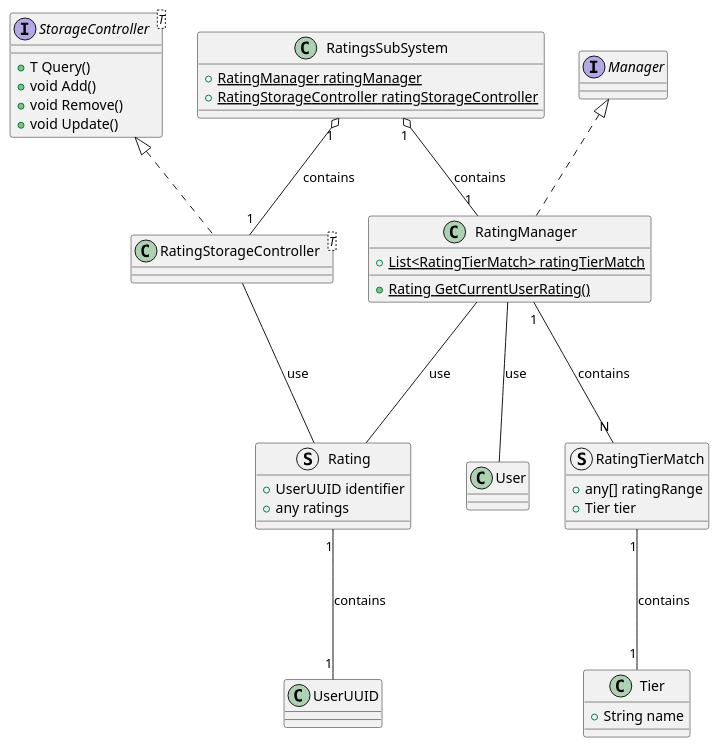
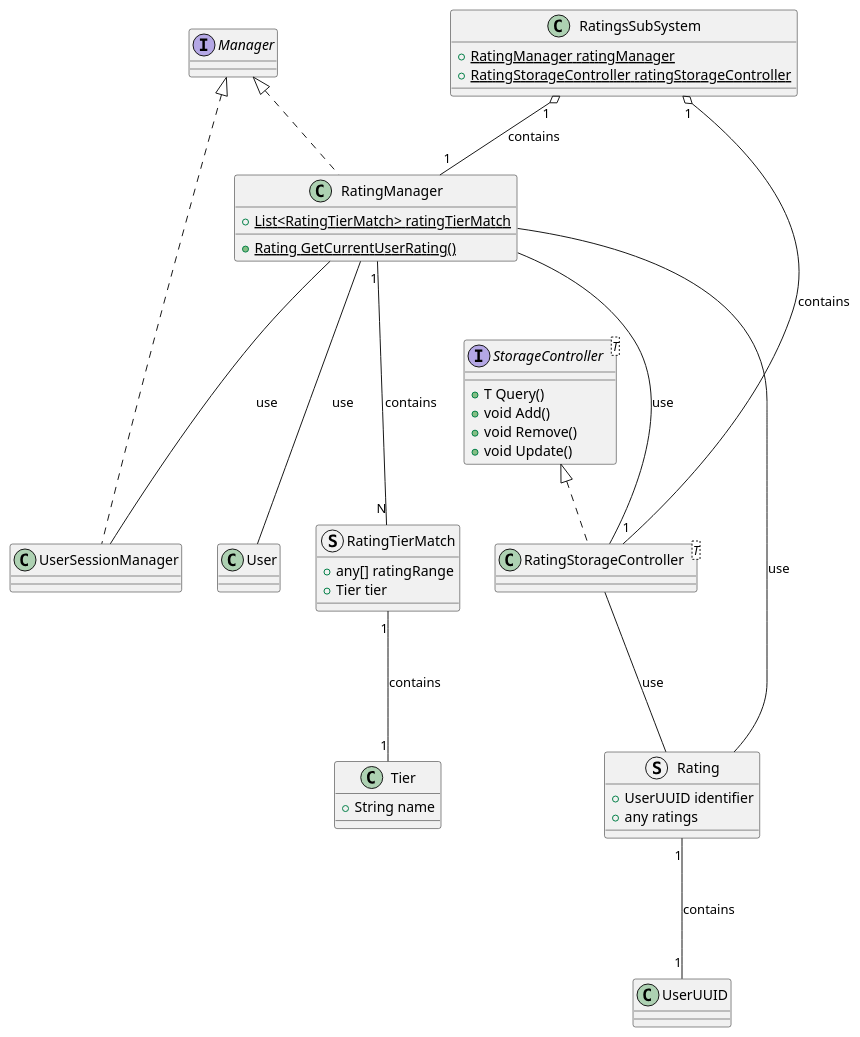
One commit to ShapeLayer/se-lecture-task__project-structure-definitions changed the diagram in src/Ratings.puml. Above: the diagram before and after it, drawn with PlantUML. The commit also changed 8 other files, not shown here.

```diff
--- a/src/Ratings.puml
+++ b/src/Ratings.puml
@@ -1,45 +1,48 @@
 @startuml
 Interface Manager
 Interface StorageController<T> {
     + T Query()
     + void Add()
     + void Remove()
     + void Update()
 }
 
 class Tier {
     + String name
 }
 
 struct RatingTierMatch {
     + any[] ratingRange
     + Tier tier
 }
 RatingTierMatch "1" --- "1" Tier : contains
 
 struct Rating {
     + UserUUID identifier
     + any ratings
 }
 Rating "1" --- "1" UserUUID : contains
 
 class RatingManager implements Manager {
     + {static} List<RatingTierMatch> ratingTierMatch
     + {static} Rating GetCurrentUserRating()
 }
 RatingManager "1" --- "N" RatingTierMatch : contains
 RatingManager --- User : use
 RatingManager --- Rating : use
+class UserSessionManager implements Manager {}
+RatingManager --- UserSessionManager : use
+RatingManager --- RatingStorageController : use
 
 class RatingStorageController<T> implements StorageController {}
 RatingStorageController --- Rating : use
 
 class RatingsSubSystem {
     + {static} RatingManager ratingManager
     + {static} RatingStorageController ratingStorageController
 }
 
 RatingsSubSystem "1" o-- "1" RatingManager : contains
 RatingsSubSystem "1" o-- "1" RatingStorageController : contains
 
 @enduml
```
